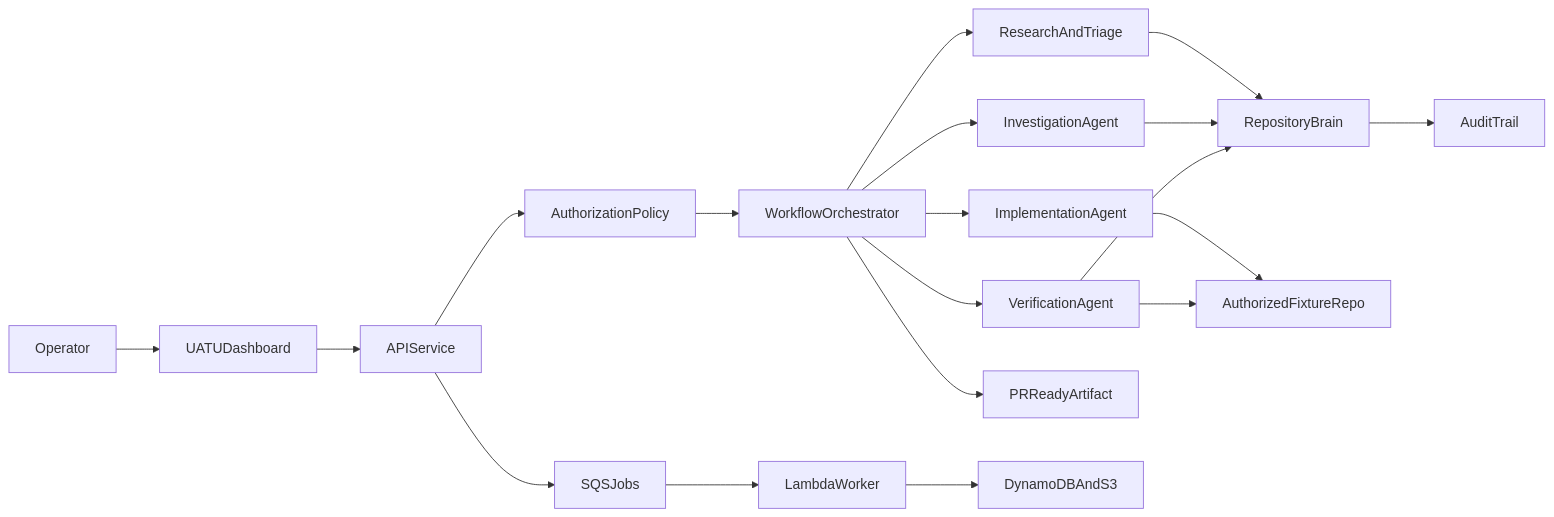
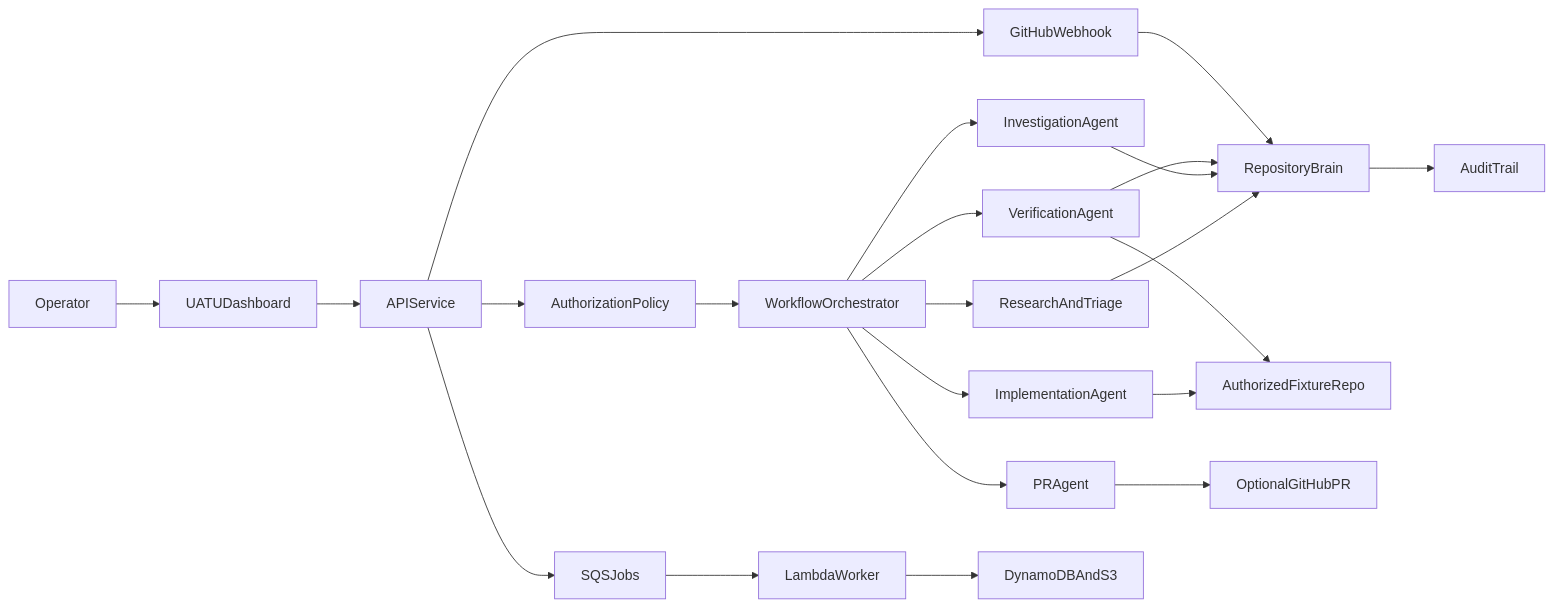
One commit to Erebuzzz/Universal-Autonomous-Triage-and-Upkeep changed the diagram in README.md. Above: the diagram before and after it, drawn with Mermaid. The commit also changed other lines of this file and 16 other files, not shown here.

First line of the commit message:
Close MVP e2e loop with optional live GitHub PRs.

````diff
--- a/README.md
+++ b/README.md
@@ -30,21 +32,24 @@
 ```mermaid
 flowchart LR
     User[Operator] --> WebUI[UATUDashboard]
     WebUI --> Api[APIService]
     Api --> Policy[AuthorizationPolicy]
     Policy --> Orchestrator[WorkflowOrchestrator]
     Orchestrator --> Research[ResearchAndTriage]
     Orchestrator --> Investigate[InvestigationAgent]
     Orchestrator --> Implement[ImplementationAgent]
     Orchestrator --> Verify[VerificationAgent]
     Research --> Brain[RepositoryBrain]
     Investigate --> Brain
     Implement --> Fixture[AuthorizedFixtureRepo]
     Verify --> Fixture
     Verify --> Brain
     Brain --> Audit[AuditTrail]
-    Orchestrator --> PrDraft[PRReadyArtifact]
+    Orchestrator --> PrAgent[PRAgent]
+    PrAgent --> GitHub[OptionalGitHubPR]
+    Api --> Webhook[GitHubWebhook]
+    Webhook --> Brain
     Api --> Jobs[SQSJobs]
     Jobs --> Worker[LambdaWorker]
     Worker --> Store[DynamoDBAndS3]
 ```
````
